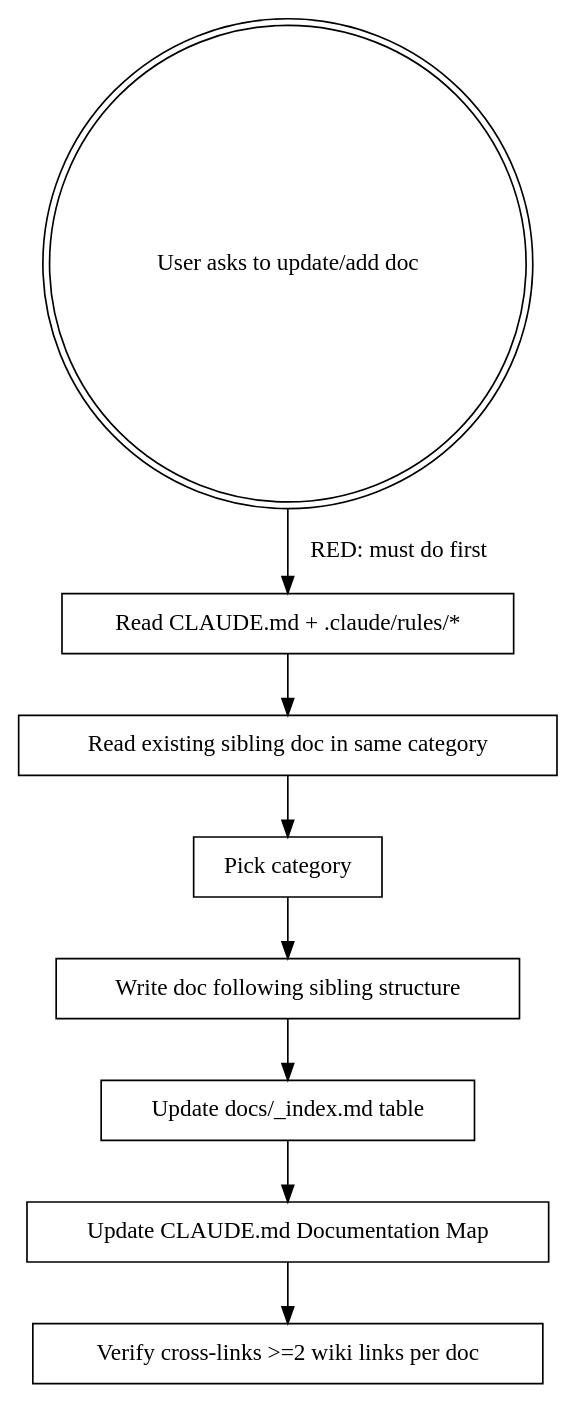
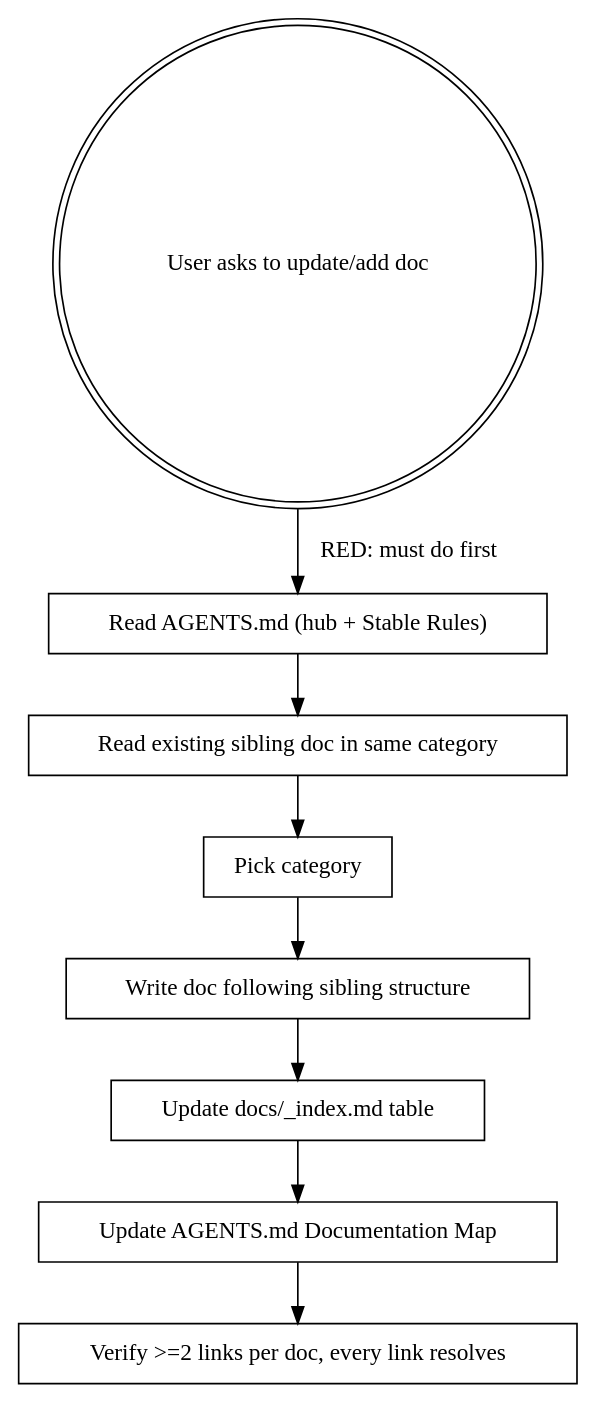
The diagram in .claude/skills/updating-docs/SKILL.md (borncode-app/repo-brain), drawn with Graphviz before and after one commit. The commit also changed other lines of this file and 26 other files, not shown here.

````diff
--- a/.claude/skills/updating-docs/SKILL.md
+++ b/.claude/skills/updating-docs/SKILL.md
@@ -50,20 +48,20 @@
 ```dot
 digraph doc_workflow {
     "User asks to update/add doc" [shape=doublecircle];
-    "Read CLAUDE.md + .claude/rules/*" [shape=box];
+    "Read AGENTS.md (hub + Stable Rules)" [shape=box];
     "Read existing sibling doc in same category" [shape=box];
     "Pick category" [shape=box];
     "Write doc following sibling structure" [shape=box];
     "Update docs/_index.md table" [shape=box];
-    "Update CLAUDE.md Documentation Map" [shape=box];
-    "Verify cross-links >=2 wiki links per doc" [shape=box];
+    "Update AGENTS.md Documentation Map" [shape=box];
+    "Verify >=2 links per doc, every link resolves" [shape=box];
 
-    "User asks to update/add doc" -> "Read CLAUDE.md + .claude/rules/*" [label="RED: must do first"];
-    "Read CLAUDE.md + .claude/rules/*" -> "Read existing sibling doc in same category";
+    "User asks to update/add doc" -> "Read AGENTS.md (hub + Stable Rules)" [label="RED: must do first"];
+    "Read AGENTS.md (hub + Stable Rules)" -> "Read existing sibling doc in same category";
     "Read existing sibling doc in same category" -> "Pick category";
     "Pick category" -> "Write doc following sibling structure";
     "Write doc following sibling structure" -> "Update docs/_index.md table";
-    "Update docs/_index.md table" -> "Update CLAUDE.md Documentation Map";
-    "Update CLAUDE.md Documentation Map" -> "Verify cross-links >=2 wiki links per doc";
+    "Update docs/_index.md table" -> "Update AGENTS.md Documentation Map";
+    "Update AGENTS.md Documentation Map" -> "Verify >=2 links per doc, every link resolves";
 }
 ```
````
